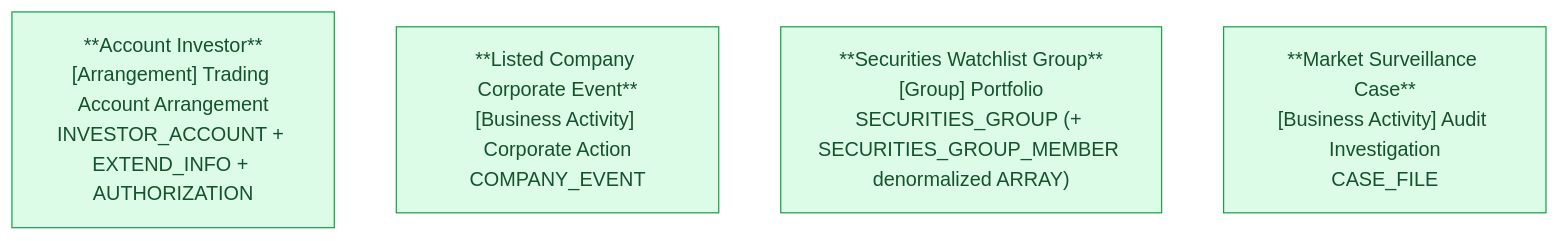
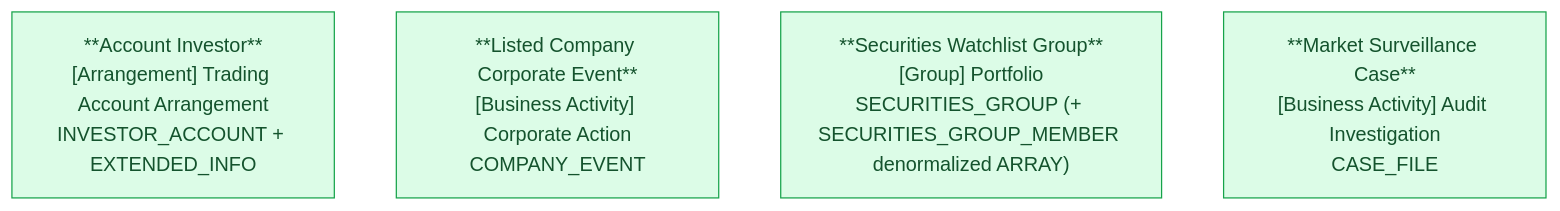
Before and after one commit to linhlvit/ubck_atomic_design: the second of 2 diagrams in DataModel/working/Atomic/hld/GSGD_HLD_Tier1.md, drawn with Mermaid (neutral theme). The commit also changed other lines of this file and 8 other files, not shown here.

````diff
--- a/DataModel/working/Atomic/hld/GSGD_HLD_Tier1.md
+++ b/DataModel/working/Atomic/hld/GSGD_HLD_Tier1.md
@@ -49,9 +49,9 @@
 ```mermaid
 graph TD
     classDef atomic fill:#dcfce7,stroke:#16a34a,color:#14532d
 
-    ACCOUNTINV["**Account Investor**\n[Arrangement] Trading Account Arrangement\nINVESTOR_ACCOUNT + EXTEND_INFO + AUTHORIZATION"]:::atomic
+    ACCOUNTINV["**Account Investor**\n[Arrangement] Trading Account Arrangement\nINVESTOR_ACCOUNT + EXTENDED_INFO"]:::atomic
     CORPEVENT["**Listed Company Corporate Event**\n[Business Activity] Corporate Action\nCOMPANY_EVENT"]:::atomic
     SECGROUP["**Securities Watchlist Group**\n[Group] Portfolio\nSECURITIES_GROUP (+ SECURITIES_GROUP_MEMBER denormalized ARRAY)"]:::atomic
     CASE["**Market Surveillance Case**\n[Business Activity] Audit Investigation\nCASE_FILE"]:::atomic
 ```
````
